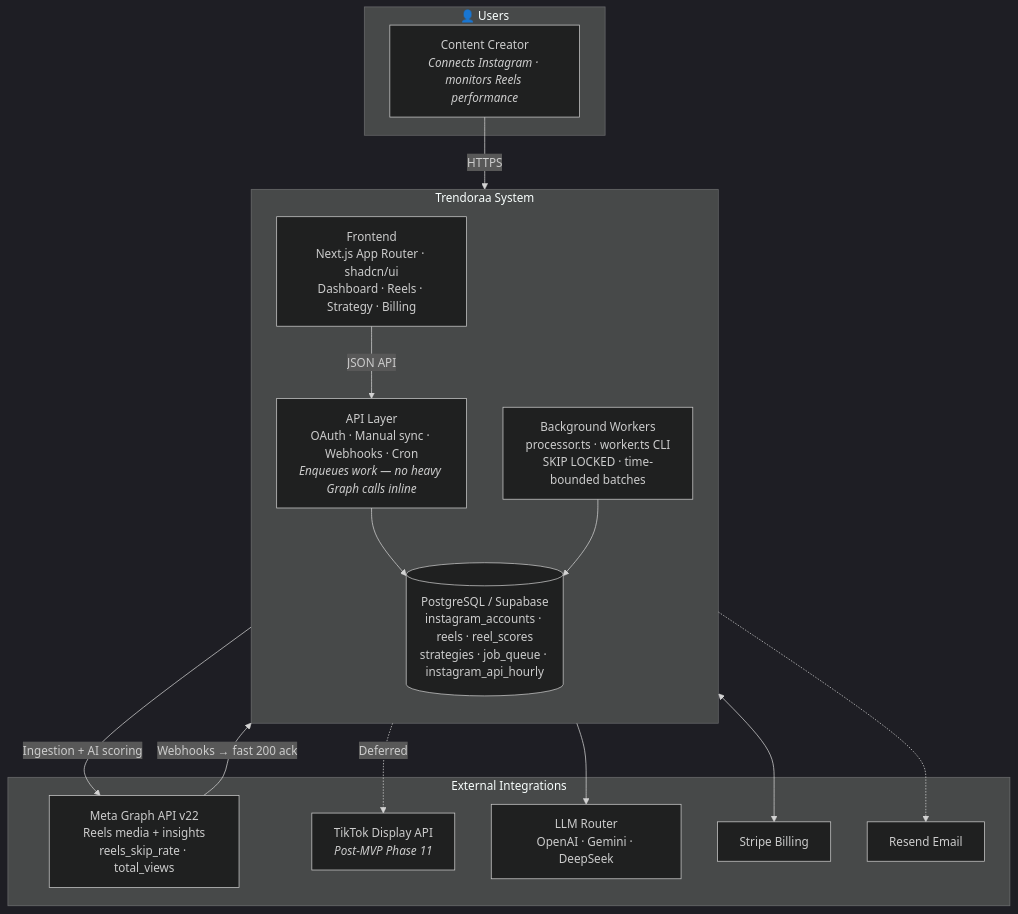
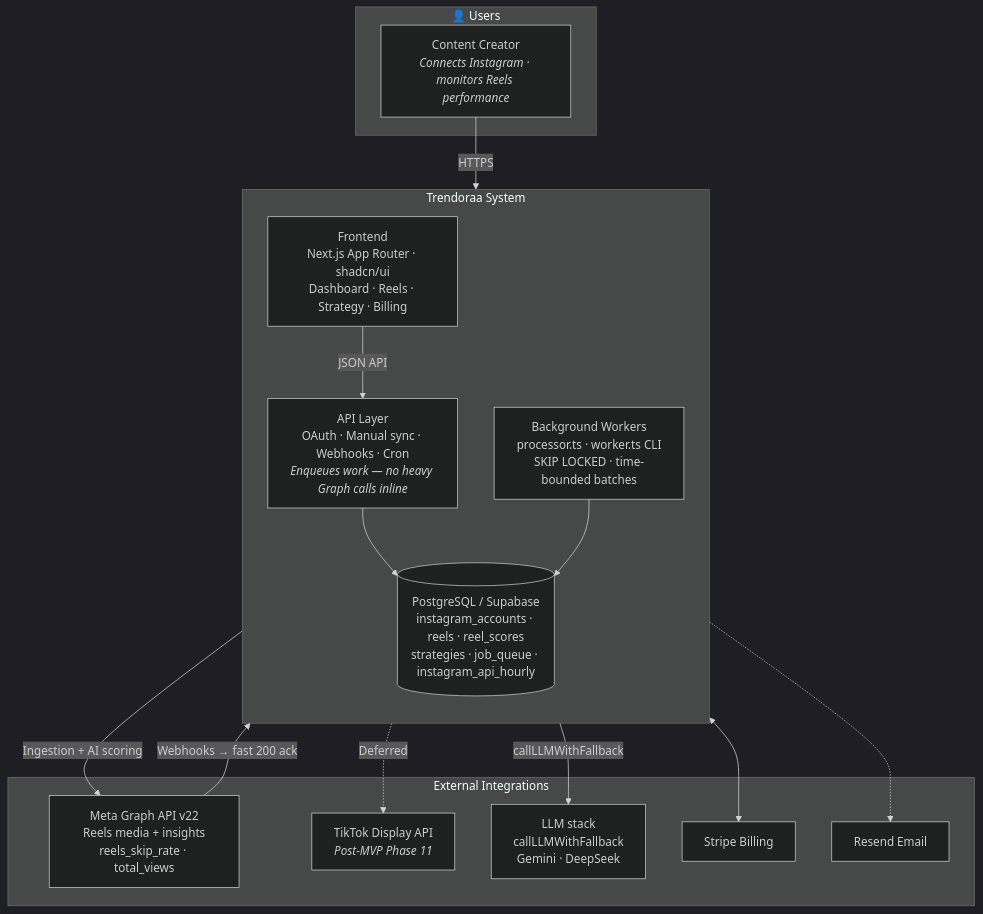
One commit to Jainam2848/ReelMetrics changed the second of 13 diagrams in trendoraa-seabs-spec.md. Above: the diagram before and after it, drawn with Mermaid (dark theme). The commit also changed other lines of this file and 7 other files, not shown here.

First line of the commit message:
docs: align Mermaid diagrams across docs, spec, and playbook

````diff
--- a/trendoraa-seabs-spec.md
+++ b/trendoraa-seabs-spec.md
@@ -165,33 +165,33 @@
 ```mermaid
 flowchart TB
     subgraph People["👤 Users"]
         Creator["Content Creator<br/><i>Connects Instagram · monitors Reels performance</i>"]
     end
 
     subgraph Trendoraa["Trendoraa System"]
         direction TB
         FE["Frontend<br/>Next.js App Router · shadcn/ui<br/>Dashboard · Reels · Strategy · Billing"]
         API["API Layer<br/>OAuth · Manual sync · Webhooks · Cron<br/><i>Enqueues work — no heavy Graph calls inline</i>"]
         Worker["Background Workers<br/>processor.ts · worker.ts CLI<br/>SKIP LOCKED · time-bounded batches"]
         DB[("PostgreSQL / Supabase<br/>instagram_accounts · reels · reel_scores<br/>strategies · job_queue · instagram_api_hourly")]
     end
 
     subgraph External["External Integrations"]
         Meta["Meta Graph API v22<br/>Reels media + insights<br/>reels_skip_rate · total_views"]
         TikTok["TikTok Display API<br/><i>Post-MVP Phase 11</i>"]
-        LLM["LLM Router<br/>OpenAI · Gemini · DeepSeek"]
+        LLM["LLM stack<br/>callLLMWithFallback<br/>Gemini · DeepSeek"]
         Stripe["Stripe Billing"]
         Resend["Resend Email"]
     end
 
     Creator -->|"HTTPS"| FE
     FE -->|"JSON API"| API
     API --> DB
     Worker --> DB
     Worker -->|"Ingestion + AI scoring"| Meta
     Worker -.->|"Deferred"| TikTok
-    Worker --> LLM
+    Worker -->|"callLLMWithFallback"| LLM
     API <--> Stripe
     Worker -.-> Resend
     Meta -->|"Webhooks → fast 200 ack"| API
 ```
````
